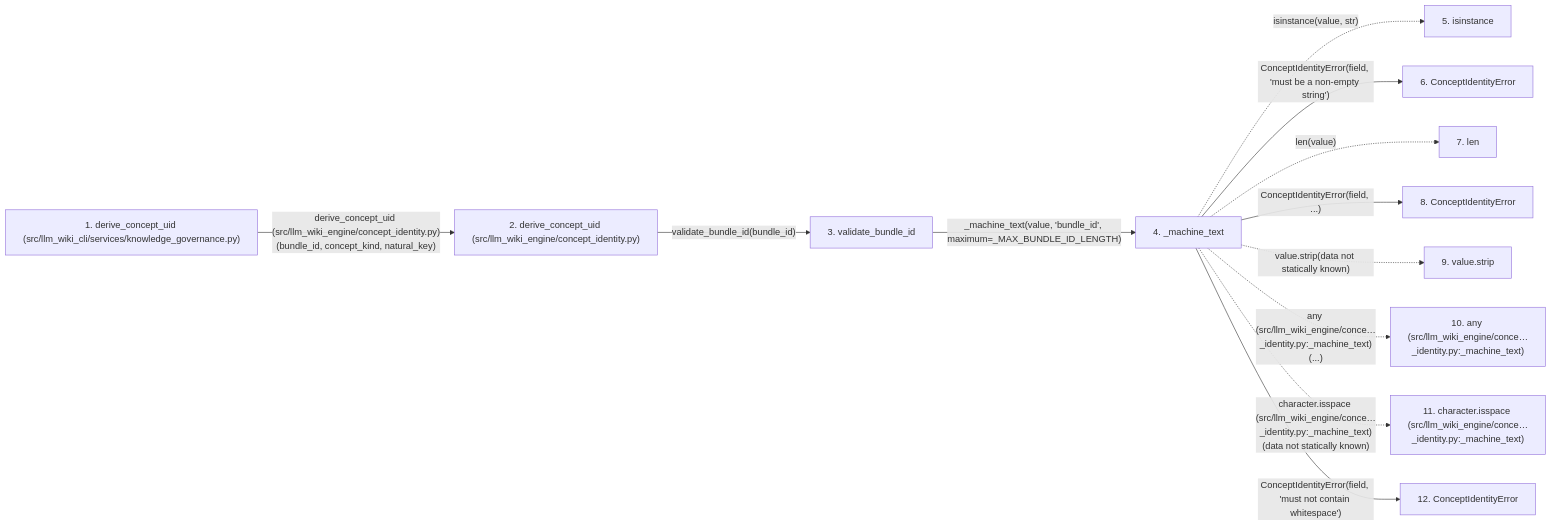
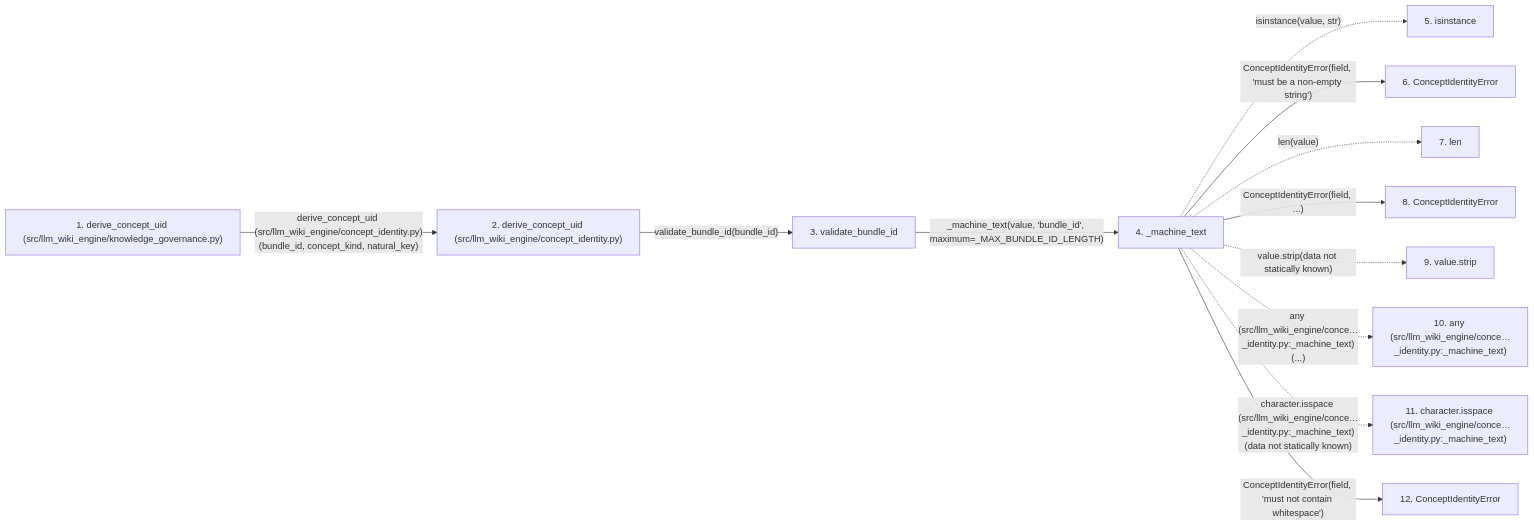
One commit to Denissvgn/python-wiki-llm changed the second of 2 diagrams in docs/llm_wiki/flows/api-derive_concept_uid-knowledge_governance.md. Above: the diagram before and after it, drawn with Mermaid. The commit also changed other lines of this file and 1058 other files, not shown here.

First line of the commit message:
docs: refresh the wiki for the knowledge store move

````diff
--- a/docs/llm_wiki/flows/api-derive_concept_uid-knowledge_governance.md
+++ b/docs/llm_wiki/flows/api-derive_concept_uid-knowledge_governance.md
@@ -125,33 +125,33 @@
 ```mermaid
 flowchart LR
-    s1["1. derive_concept_uid (src/llm_wiki_cli/services/knowledge_governance.py)"]
+    s1["1. derive_concept_uid (src/llm_wiki_engine/knowledge_governance.py)"]
     s2["2. derive_concept_uid (src/llm_wiki_engine/concept_identity.py)"]
     s3["3. validate_bundle_id"]
     s4["4. _machine_text"]
     s5["5. isinstance"]
     s6["6. ConceptIdentityError"]
     s7["7. len"]
     s8["8. ConceptIdentityError"]
     s9["9. value.strip"]
     s10["10. any (src/llm_wiki_engine/conce…_identity.py:_machine_text)"]
     s11["11. character.isspace (src/llm_wiki_engine/conce…_identity.py:_machine_text)"]
     s12["12. ConceptIdentityError"]
     s1 -->|"derive_concept_uid (src/llm_wiki_engine/concept_identity.py)(bundle_id, concept_kind, natural_key)"| s2
     s2 -->|"validate_bundle_id(bundle_id)"| s3
     s3 -->|"_machine_text(value, 'bundle_id', maximum=_MAX_BUNDLE_ID_LENGTH)"| s4
     s4 -. "isinstance(value, str)" .-> s5
     s4 -->|"ConceptIdentityError(field, 'must be a non-empty string')"| s6
     s4 -. "len(value)" .-> s7
     s4 -->|"ConceptIdentityError(field, ...)"| s8
     s4 -. "value.strip(data not statically known)" .-> s9
     s4 -. "any (src/llm_wiki_engine/conce…_identity.py:_machine_text)(...)" .-> s10
     s4 -. "character.isspace (src/llm_wiki_engine/conce…_identity.py:_machine_text)(data not statically known)" .-> s11
     s4 -->|"ConceptIdentityError(field, 'must not contain whitespace')"| s12
     click s1 "../modules/knowledge_governance.md"
     click s2 "../modules/concept_identity.md"
     click s3 "../modules/concept_identity.md"
     click s4 "../modules/concept_identity.md"
     click s6 "../modules/concept_identity.md"
     click s8 "../modules/concept_identity.md"
     click s12 "../modules/concept_identity.md"
 ```
````
